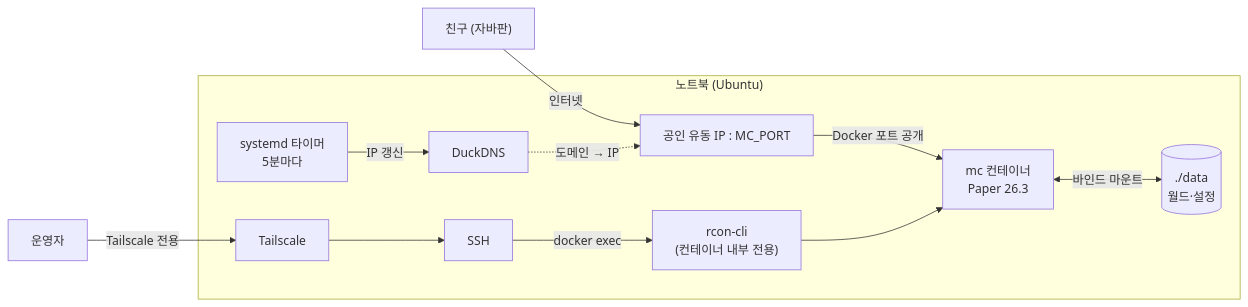
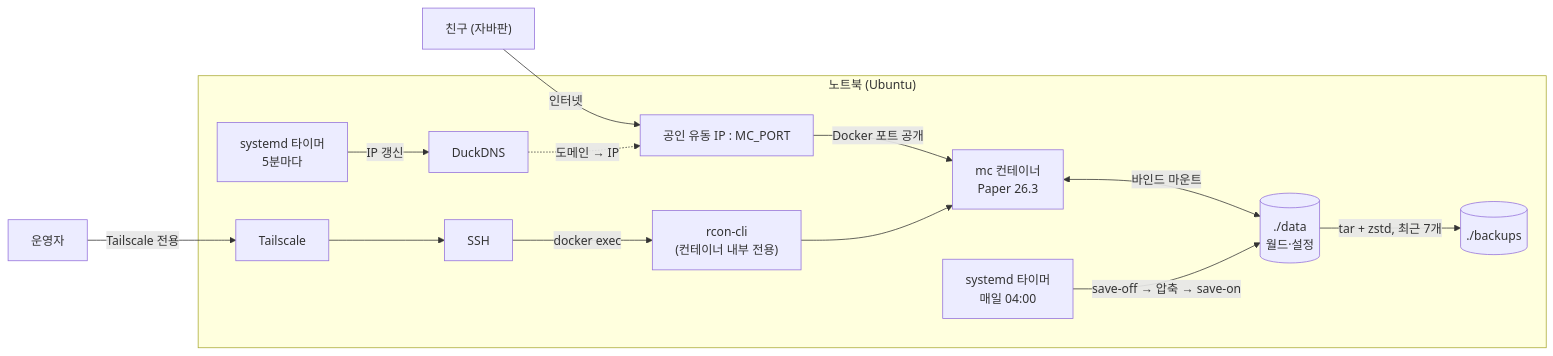
Before and after one commit to syc030403/minecraft-devops: the diagram in README.md, drawn with Mermaid. The commit also changed other lines of this file and 9 other files, not shown here.

````diff
--- a/README.md
+++ b/README.md
@@ -13,16 +13,18 @@
 ```mermaid
 flowchart LR
   friend["친구 (자바판)"] -->|"인터넷"| ip["공인 유동 IP : MC_PORT"]
   ddns["DuckDNS"] -.->|"도메인 → IP"| ip
 
   subgraph host["노트북 (Ubuntu)"]
     ip -->|"Docker 포트 공개"| mc["mc 컨테이너<br/>Paper 26.3"]
     mc <-->|"바인드 마운트"| data[("./data<br/>월드·설정")]
     timer["systemd 타이머<br/>5분마다"] -->|"IP 갱신"| ddns
+    btimer["systemd 타이머<br/>매일 04:00"] -->|"save-off → 압축 → save-on"| data
+    data -->|"tar + zstd, 최근 7개"| backups[("./backups")]
     tailscale["Tailscale"] --> ssh["SSH"]
     ssh -->|"docker exec"| rcon["rcon-cli<br/>(컨테이너 내부 전용)"]
     rcon --> mc
   end
 
   admin["운영자"] -->|"Tailscale 전용"| tailscale
 ```
````
